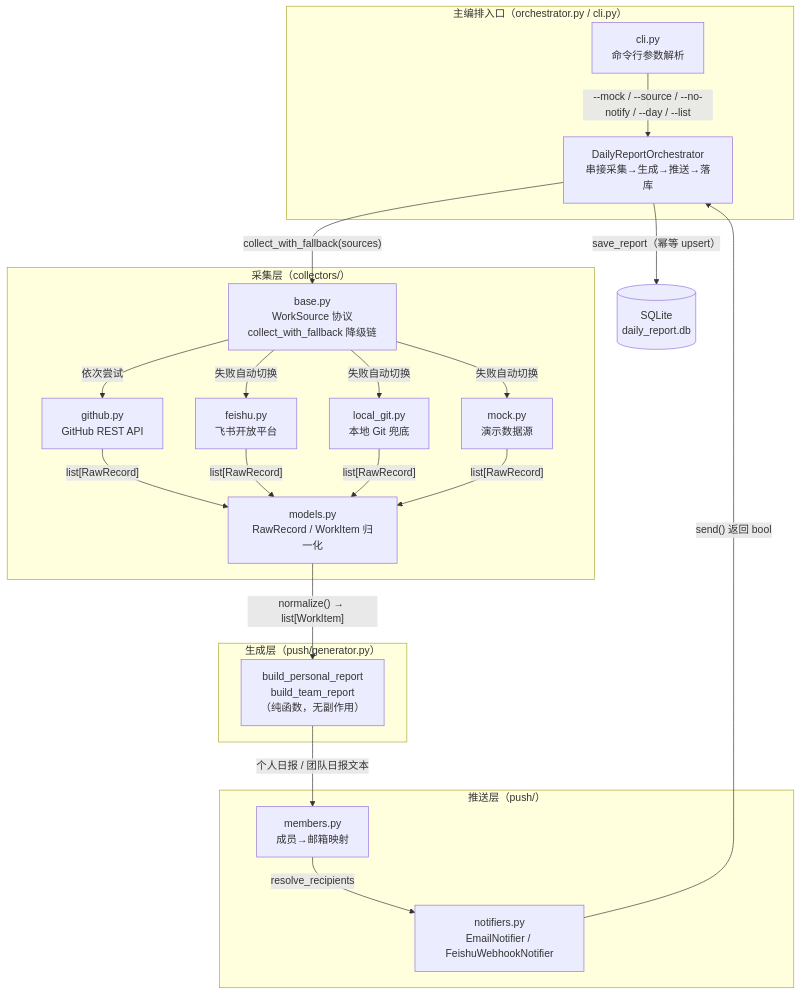
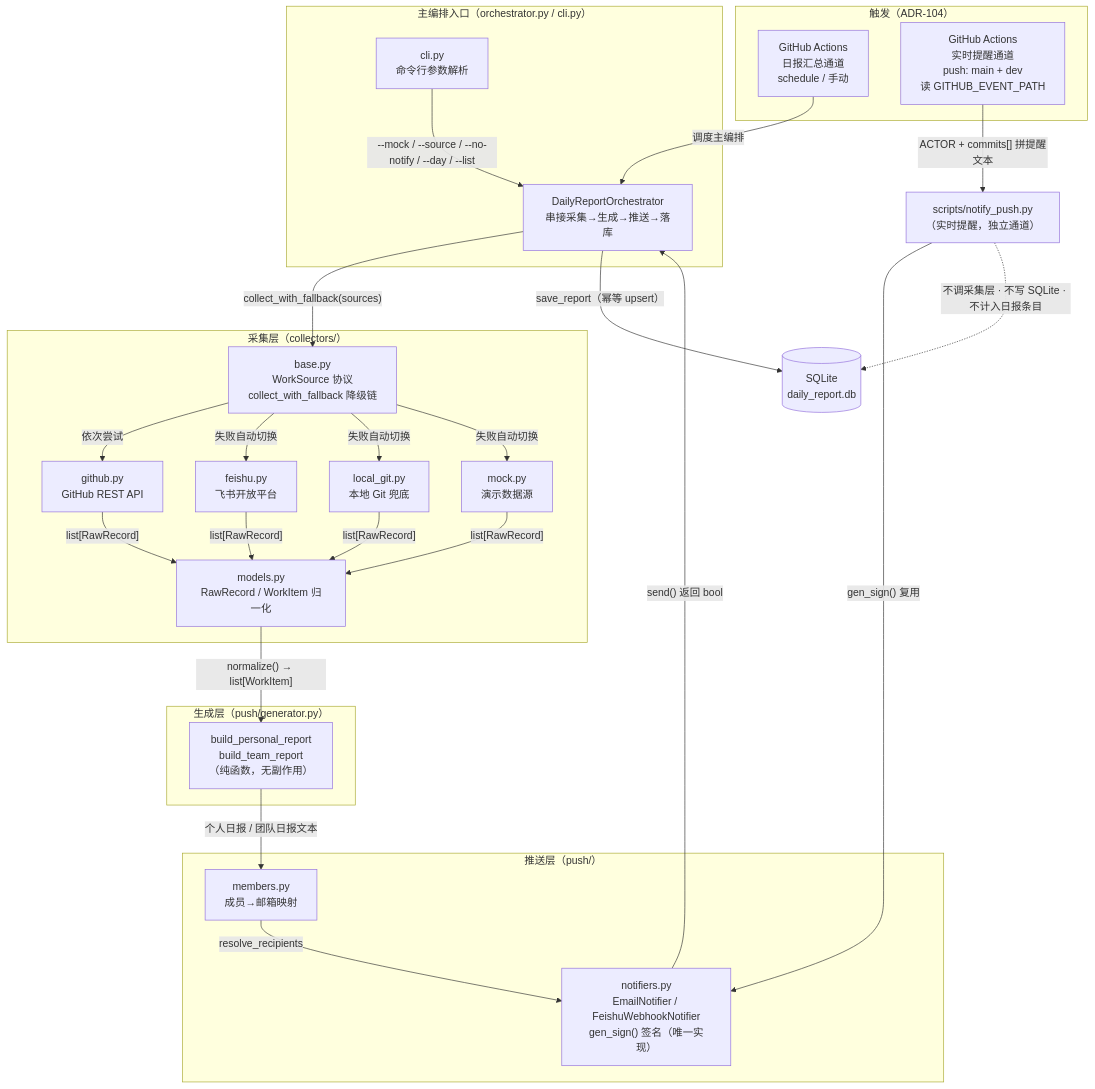
Before and after one commit to onetwothree-go/smart-daily: the diagram in specs/design.md, drawn with Mermaid. The commit also changed other lines of this file, not shown here.

````diff
--- a/specs/design.md
+++ b/specs/design.md
@@ -15,40 +16,50 @@
 ```mermaid
 flowchart TB
+    subgraph T["触发（ADR-104）"]
+        ACT["GitHub Actions<br/>日报汇总通道<br/>schedule / 手动"]
+        RT["GitHub Actions<br/>实时提醒通道<br/>push: main + dev<br/>读 GITHUB_EVENT_PATH"]
+    end
+
     subgraph L4["主编排入口（orchestrator.py / cli.py）"]
         CLI["cli.py<br/>命令行参数解析"]
         ORCH["DailyReportOrchestrator<br/>串接采集→生成→推送→落库"]
     end
 
     subgraph L1["采集层（collectors/）"]
         BASE["base.py<br/>WorkSource 协议<br/>collect_with_fallback 降级链"]
         GH["github.py<br/>GitHub REST API"]
         FS["feishu.py<br/>飞书开放平台"]
         LG["local_git.py<br/>本地 Git 兜底"]
         MK["mock.py<br/>演示数据源"]
         MODELS["models.py<br/>RawRecord / WorkItem 归一化"]
     end
 
     subgraph L2["生成层（push/generator.py）"]
         GEN["build_personal_report<br/>build_team_report<br/>（纯函数，无副作用）"]
     end
 
     subgraph L3["推送层（push/）"]
         MEM["members.py<br/>成员→邮箱映射"]
-        NOT["notifiers.py<br/>EmailNotifier / FeishuWebhookNotifier"]
+        NOT["notifiers.py<br/>EmailNotifier / FeishuWebhookNotifier<br/>gen_sign() 签名（唯一实现）"]
     end
 
     DB[("SQLite<br/>daily_report.db")]
 
+    ACT -->|"调度主编排"| ORCH
     CLI -->|"--mock / --source / --no-notify / --day / --list"| ORCH
     ORCH -->|"collect_with_fallback(sources)"| BASE
     BASE -->|依次尝试| GH
     BASE -->|失败自动切换| FS
     BASE -->|失败自动切换| LG
     BASE -->|失败自动切换| MK
     GH & FS & LG & MK -->|"list[RawRecord]"| MODELS
     MODELS -->|"normalize() → list[WorkItem]"| GEN
     GEN -->|"个人日报 / 团队日报文本"| MEM
     MEM -->|"resolve_recipients"| NOT
     NOT -->|"send() 返回 bool"| ORCH
     ORCH -->|"save_report（幂等 upsert）"| DB
+
+    RT -->|"ACTOR + commits[] 拼提醒文本"| NP["scripts/notify_push.py<br/>（实时提醒，独立通道）"]
+    NP -->|"gen_sign() 复用"| NOT
+    NP -.->|"不调采集层 · 不写 SQLite · 不计入日报条目"| DB
 ```
````
